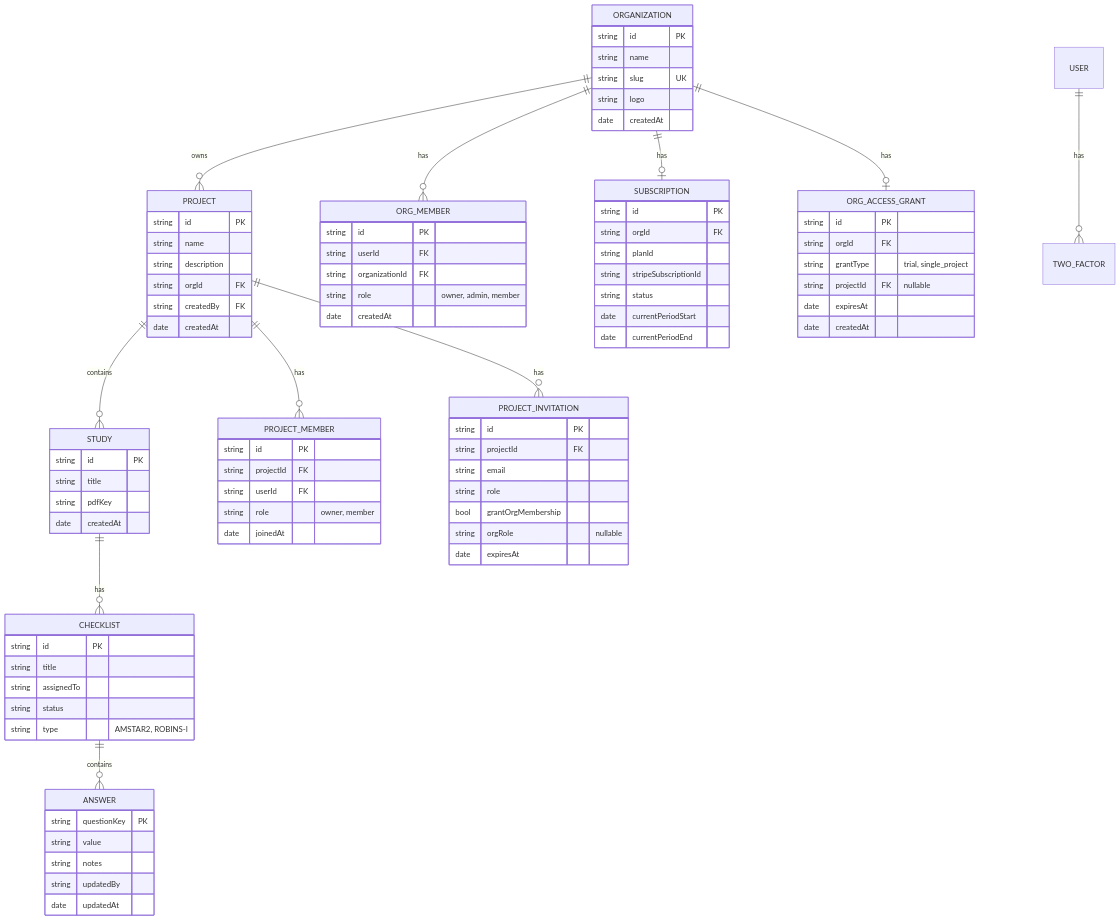
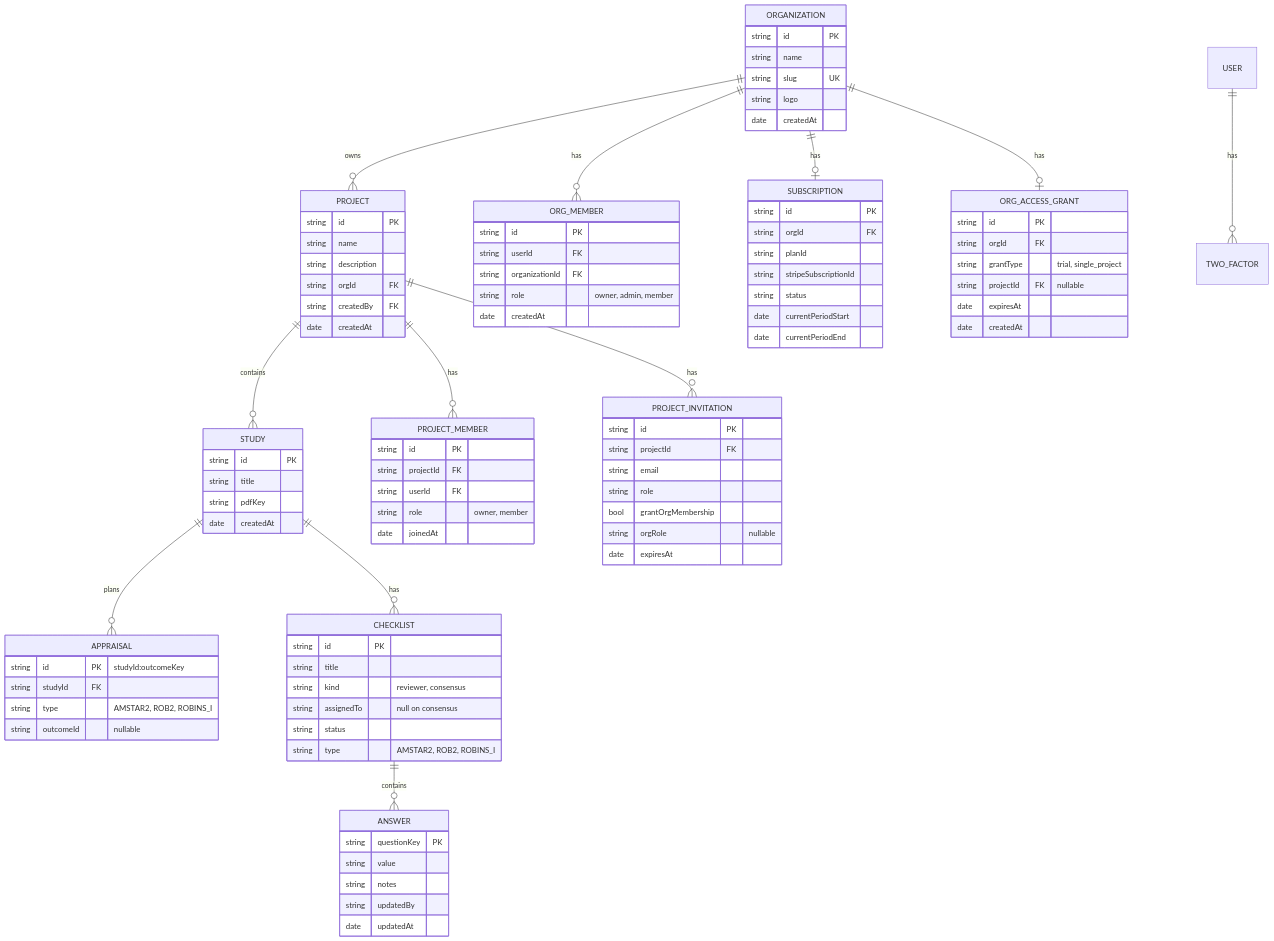
One commit to InfinityBowman/corates changed the diagram in packages/docs/architecture/diagrams/04-data-model.md. Above: the diagram before and after it, drawn with Mermaid. The commit also changed other lines of this file and 40 other files, not shown here.

First line of the commit message:
Plan appraisals first: checklist kind, appraisals table, and reviewer slot mutator (#800)

```diff
--- a/packages/docs/architecture/diagrams/04-data-model.md
+++ b/packages/docs/architecture/diagrams/04-data-model.md
@@ -11,6 +11,7 @@
     PROJECT ||--o{ STUDY : contains
     PROJECT ||--o{ PROJECT_MEMBER : has
     PROJECT ||--o{ PROJECT_INVITATION : has
+    STUDY ||--o{ APPRAISAL : plans
     STUDY ||--o{ CHECKLIST : has
     CHECKLIST ||--o{ ANSWER : contains
     USER ||--o{ TWO_FACTOR : has
@@ -84,12 +85,20 @@
         date createdAt
     }
 
+    APPRAISAL {
+        string id PK "studyId:outcomeKey"
+        string studyId FK
+        string type "AMSTAR2, ROB2, ROBINS_I"
+        string outcomeId "nullable"
+    }
+
     CHECKLIST {
         string id PK
         string title
-        string assignedTo
+        string kind "reviewer, consensus"
+        string assignedTo "null on consensus"
         string status
-        string type "AMSTAR2, ROBINS-I"
+        string type "AMSTAR2, ROB2, ROBINS_I"
     }
 
     ANSWER {
```
